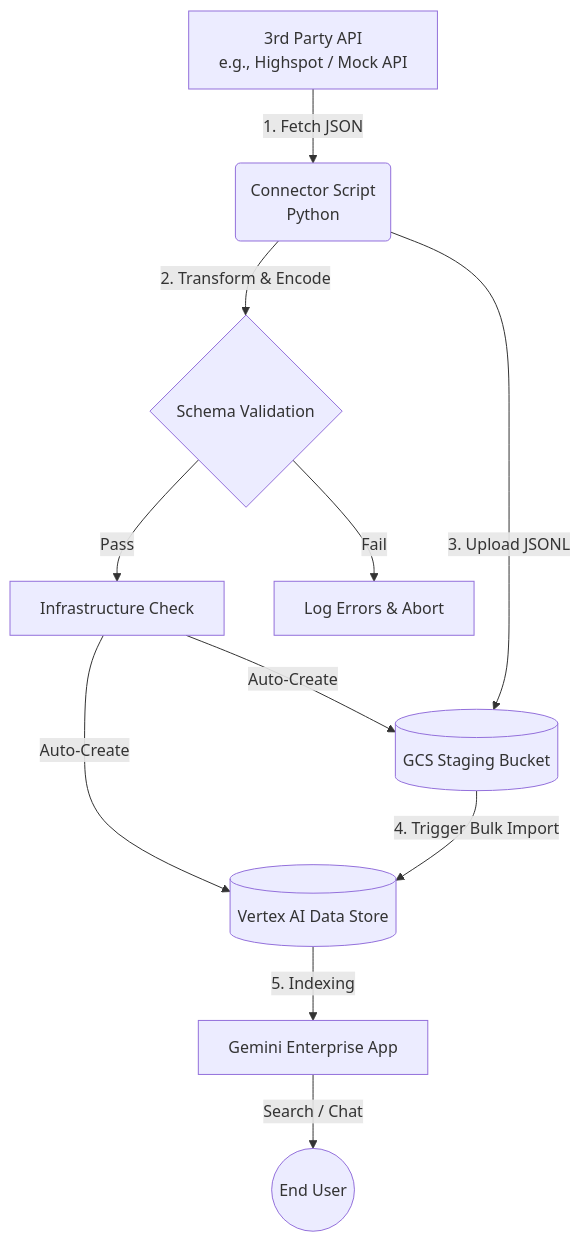
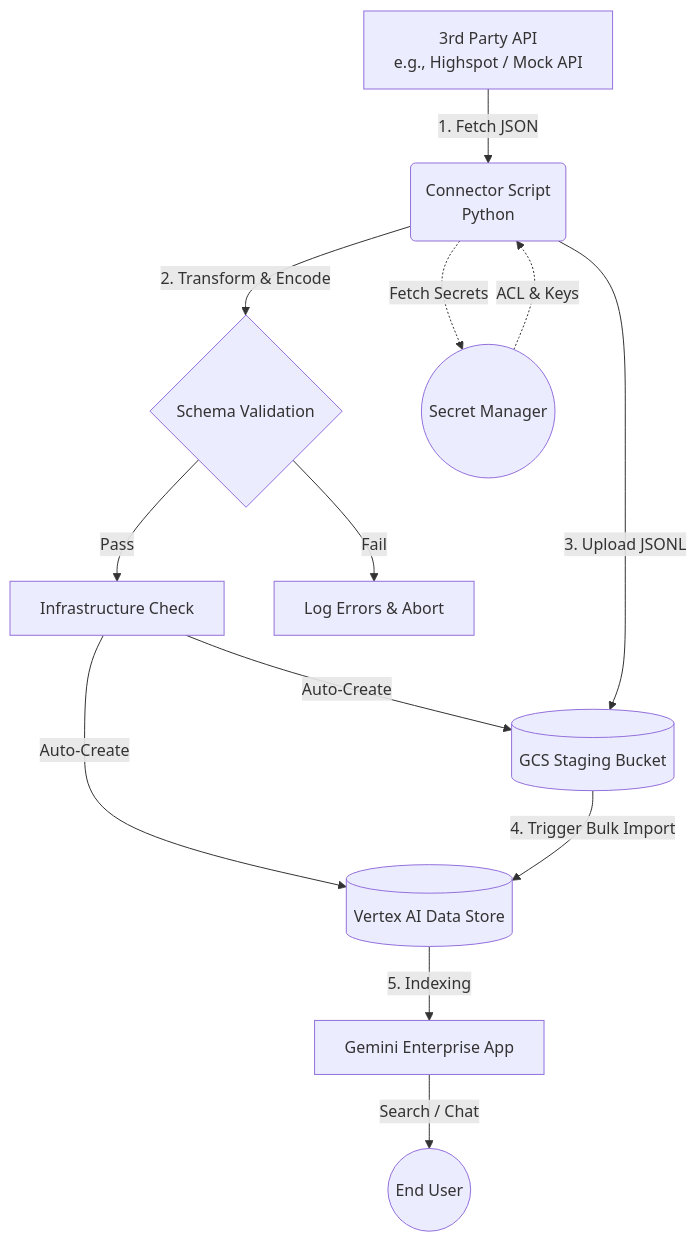
Before and after one commit to jayesh-onix/gemini-enterprise-custom-connector: the diagram in README.md, drawn with Mermaid. The commit also changed other lines of this file and 3 other files, not shown here.

First line of the commit message:
feat: integrate Secret Manager and document-level ACLs for Gemini Enterprise connector

````diff
--- a/README.md
+++ b/README.md
@@ -25,13 +25,15 @@
 ```mermaid
 graph TD
     A[3rd Party API <br> e.g., Highspot / Mock API] -->|1. Fetch JSON| B(Connector Script <br> Python)
     B -->|2. Transform & Encode| C{Schema Validation}
     C -->|Pass| D[Infrastructure Check]
     D -->|Auto-Create| E[(GCS Staging Bucket)]
     D -->|Auto-Create| F[(Vertex AI Data Store)]
     C -->|Fail| Z[Log Errors & Abort]
+    B -.->|Fetch Secrets| S((Secret Manager))
+    S -.->|ACL & Keys| B
     B -->|3. Upload JSONL| E
     E -->|4. Trigger Bulk Import| F
     F -->|5. Indexing| G[Gemini Enterprise App]
     G -->|Search / Chat| H((End User))
 ```
````
